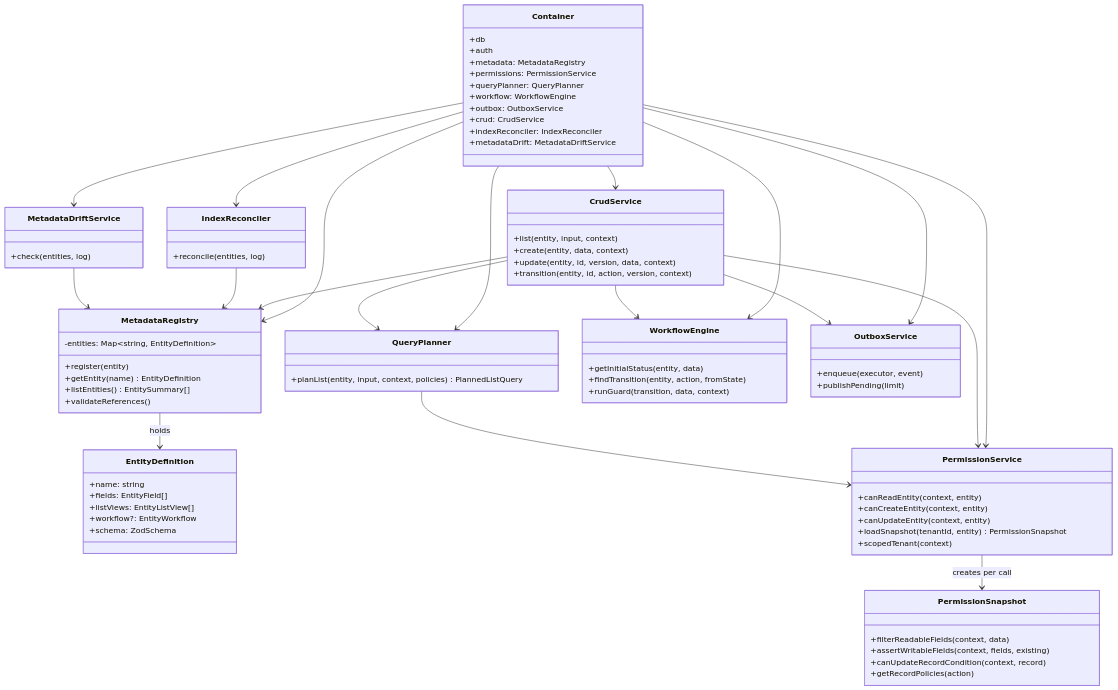
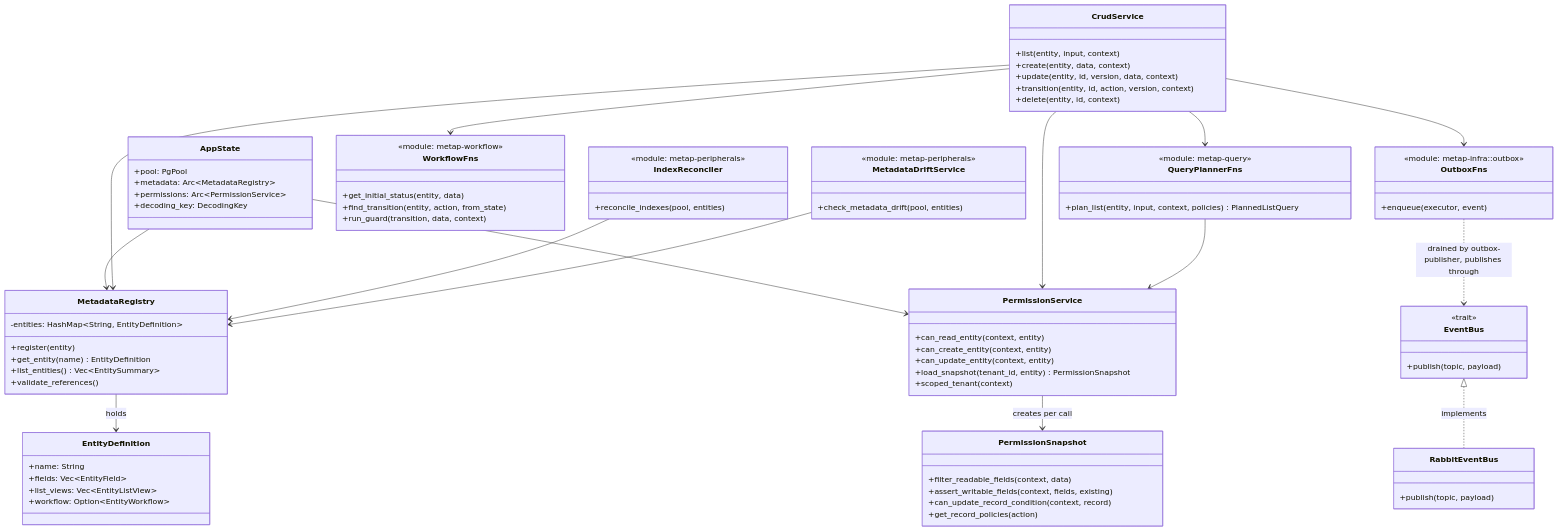
One commit to metap-org/metap changed the third of 5 diagrams in docs/architectures/05-building-blocks.md. Above: the diagram before and after it, drawn with Mermaid. The commit also changed other lines of this file and 12 other files, not shown here.

First line of the commit message:
Sync architecture docs to the Rust stack (axum/sqlx) terminology

````diff
--- a/docs/architectures/05-building-blocks.md
+++ b/docs/architectures/05-building-blocks.md
@@ -79,85 +79,86 @@
 ```mermaid
 classDiagram
-  class Container {
-    +db
-    +auth
-    +metadata: MetadataRegistry
-    +permissions: PermissionService
-    +queryPlanner: QueryPlanner
-    +workflow: WorkflowEngine
-    +outbox: OutboxService
-    +crud: CrudService
-    +indexReconciler: IndexReconciler
-    +metadataDrift: MetadataDriftService
+  class AppState {
+    +pool: PgPool
+    +metadata: Arc~MetadataRegistry~
+    +permissions: Arc~PermissionService~
+    +decoding_key: DecodingKey
   }
   class MetadataRegistry {
-    -entities: Map~string, EntityDefinition~
+    -entities: HashMap~String, EntityDefinition~
     +register(entity)
-    +getEntity(name) EntityDefinition
-    +listEntities() EntitySummary[]
-    +validateReferences()
+    +get_entity(name) EntityDefinition
+    +list_entities() Vec~EntitySummary~
+    +validate_references()
   }
   class EntityDefinition {
-    +name: string
-    +fields: EntityField[]
-    +listViews: EntityListView[]
-    +workflow?: EntityWorkflow
-    +schema: ZodSchema
+    +name: String
+    +fields: Vec~EntityField~
+    +list_views: Vec~EntityListView~
+    +workflow: Option~EntityWorkflow~
   }
   class CrudService {
     +list(entity, input, context)
     +create(entity, data, context)
     +update(entity, id, version, data, context)
     +transition(entity, id, action, version, context)
+    +delete(entity, id, context)
   }
   class PermissionService {
-    +canReadEntity(context, entity)
-    +canCreateEntity(context, entity)
-    +canUpdateEntity(context, entity)
-    +loadSnapshot(tenantId, entity) PermissionSnapshot
-    +scopedTenant(context)
+    +can_read_entity(context, entity)
+    +can_create_entity(context, entity)
+    +can_update_entity(context, entity)
+    +load_snapshot(tenant_id, entity) PermissionSnapshot
+    +scoped_tenant(context)
   }
   class PermissionSnapshot {
-    +filterReadableFields(context, data)
-    +assertWritableFields(context, fields, existing)
-    +canUpdateRecordCondition(context, record)
-    +getRecordPolicies(action)
+    +filter_readable_fields(context, data)
+    +assert_writable_fields(context, fields, existing)
+    +can_update_record_condition(context, record)
+    +get_record_policies(action)
   }
-  class QueryPlanner {
-    +planList(entity, input, context, policies) PlannedListQuery
+  class QueryPlannerFns {
+    <<module: metap-query>>
+    +plan_list(entity, input, context, policies) PlannedListQuery
   }
-  class WorkflowEngine {
-    +getInitialStatus(entity, data)
-    +findTransition(entity, action, fromState)
-    +runGuard(transition, data, context)
+  class WorkflowFns {
+    <<module: metap-workflow>>
+    +get_initial_status(entity, data)
+    +find_transition(entity, action, from_state)
+    +run_guard(transition, data, context)
   }
-  class OutboxService {
+  class OutboxFns {
+    <<module: metap-infra::outbox>>
     +enqueue(executor, event)
-    +publishPending(limit)
+  }
+  class EventBus {
+    <<trait>>
+    +publish(topic, payload)
+  }
+  class RabbitEventBus {
+    +publish(topic, payload)
   }
   class IndexReconciler {
-    +reconcile(entities, log)
+    <<module: metap-peripherals>>
+    +reconcile_indexes(pool, entities)
   }
   class MetadataDriftService {
-    +check(entities, log)
+    <<module: metap-peripherals>>
+    +check_metadata_drift(pool, entities)
   }
 
-  Container --> MetadataRegistry
-  Container --> PermissionService
-  Container --> QueryPlanner
-  Container --> WorkflowEngine
-  Container --> OutboxService
-  Container --> CrudService
-  Container --> IndexReconciler
-  Container --> MetadataDriftService
+  AppState --> MetadataRegistry
+  AppState --> PermissionService
   MetadataRegistry --> EntityDefinition : holds
   CrudService --> MetadataRegistry
   CrudService --> PermissionService
-  CrudService --> QueryPlanner
-  CrudService --> WorkflowEngine
-  CrudService --> OutboxService
+  CrudService --> QueryPlannerFns
+  CrudService --> WorkflowFns
+  CrudService --> OutboxFns
   PermissionService --> PermissionSnapshot : creates per call
-  QueryPlanner --> PermissionService
+  QueryPlannerFns --> PermissionService
   IndexReconciler --> MetadataRegistry
   MetadataDriftService --> MetadataRegistry
+  EventBus <|.. RabbitEventBus : implements
+  OutboxFns ..> EventBus : drained by outbox-publisher, publishes through
 ```
````
